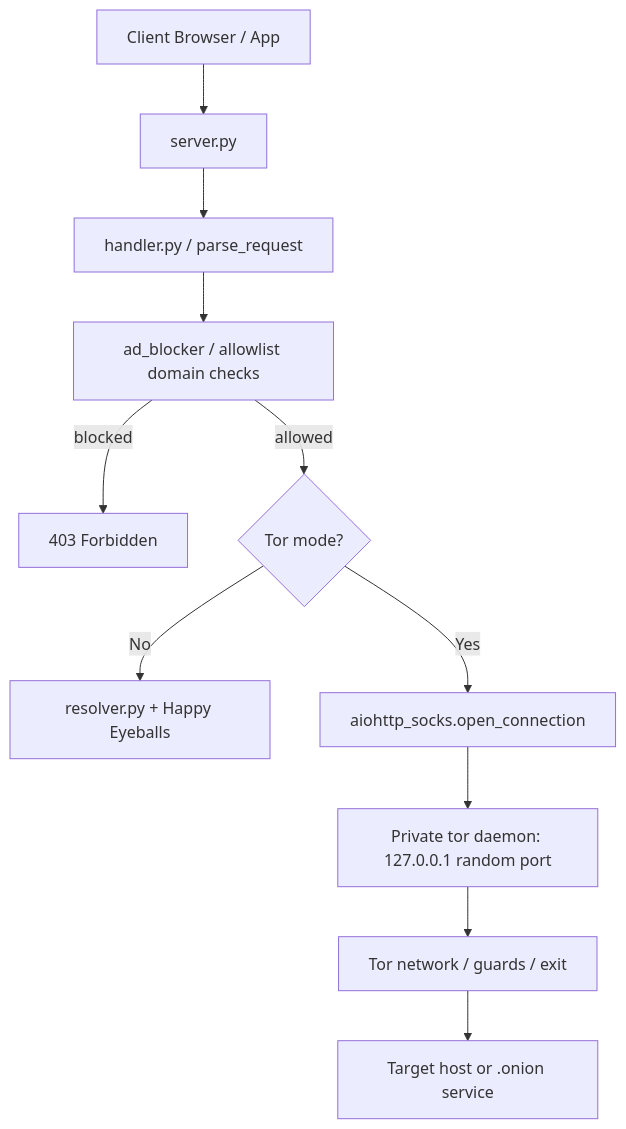
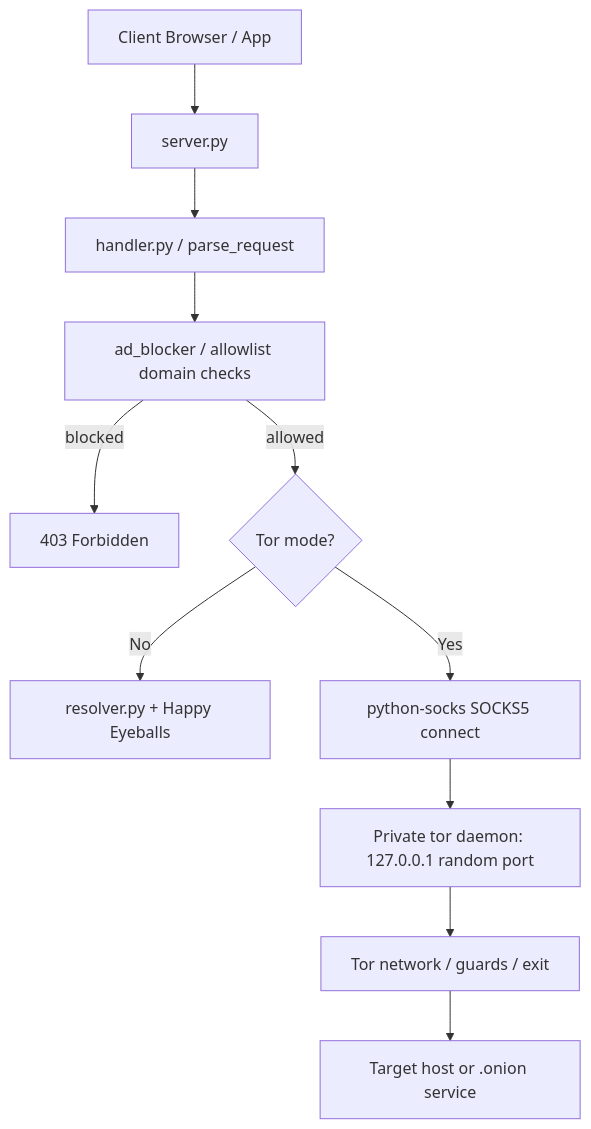
One commit to cwt/wormhole changed the diagram in docs/development/tor-integration-plan.md. Above: the diagram before and after it, drawn with Mermaid. The commit also changed other lines of this file and 10 other files, not shown here.

````diff
--- a/docs/development/tor-integration-plan.md
+++ b/docs/development/tor-integration-plan.md
@@ -114,13 +114,13 @@
 ```mermaid
 graph TD
     Client[Client Browser / App] --> Server[server.py]
     Server --> Handler[handler.py / parse_request]
     Handler --> DomainCheck[ad_blocker / allowlist domain checks]
     DomainCheck -->|blocked| Deny[403 Forbidden]
     DomainCheck -->|allowed| TorMode{Tor mode?}
     TorMode -->|No| DNS[resolver.py + Happy Eyeballs]
-    TorMode -->|Yes| SocksConnect[aiohttp_socks.open_connection]
+    TorMode -->|Yes| SocksConnect[python-socks SOCKS5 connect]
     SocksConnect --> TorDaemon[Private tor daemon: 127.0.0.1 random port]
     TorDaemon --> TorNetwork[Tor network / guards / exit]
     TorNetwork --> Target[Target host or .onion service]
 ```
````
